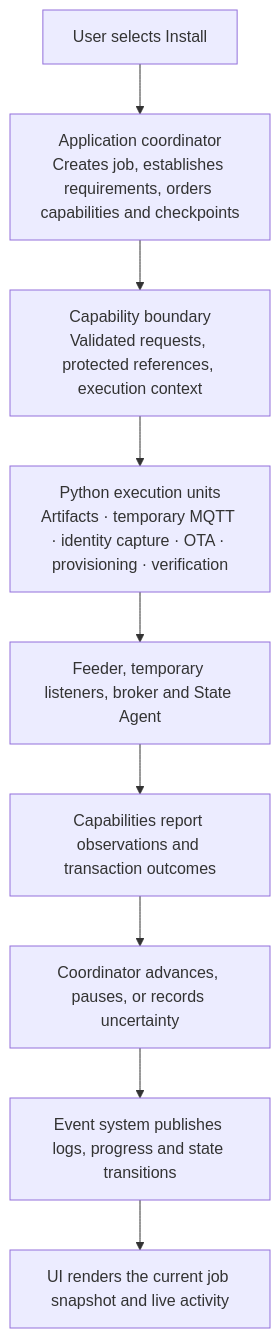
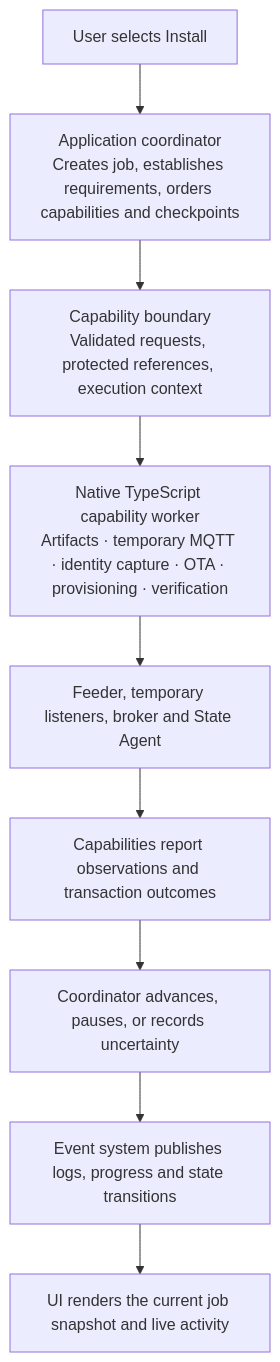
One commit to tannerln7/Petlibro-Home-Assistant changed the second of 6 diagrams in docs/petlibro-management-architecture-coverage-map.md. Above: the diagram before and after it, drawn with Mermaid. The commit also changed other lines of this file and 88 other files, not shown here.

````diff
--- a/docs/petlibro-management-architecture-coverage-map.md
+++ b/docs/petlibro-management-architecture-coverage-map.md
@@ -418,15 +420,15 @@
 ```mermaid
 flowchart TB
     U["User selects Install"]
     B["Application coordinator<br/>Creates job, establishes requirements, orders capabilities and checkpoints"]
     C["Capability boundary<br/>Validated requests, protected references, execution context"]
-    P["Python execution units<br/>Artifacts · temporary MQTT · identity capture · OTA · provisioning · verification"]
+    P["Native TypeScript capability worker<br/>Artifacts · temporary MQTT · identity capture · OTA · provisioning · verification"]
     X["Feeder, temporary listeners, broker and State Agent"]
     R["Capabilities report observations and transaction outcomes"]
     J["Coordinator advances, pauses, or records uncertainty"]
     G["Event system publishes logs, progress and state transitions"]
     A["UI renders the current job snapshot and live activity"]
 
     U --> B --> C --> P --> X
     X --> R --> J --> G --> A
 ```
````
